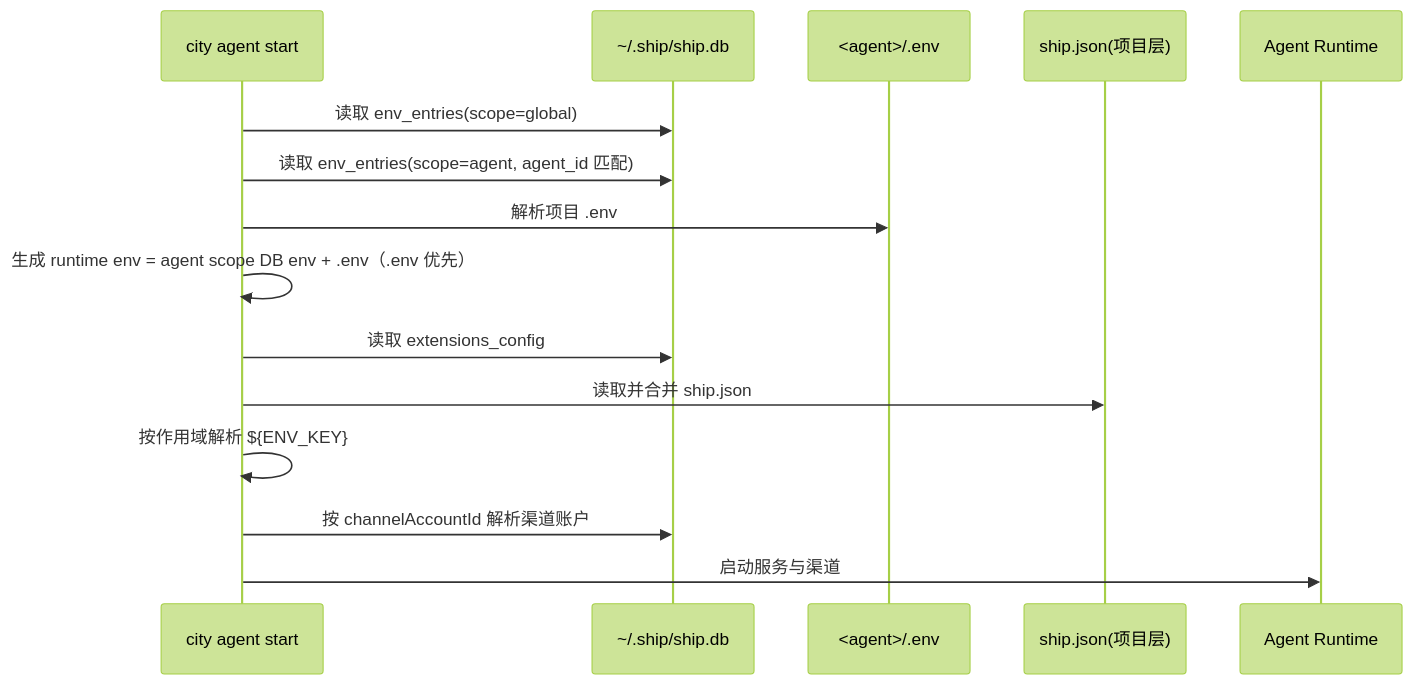
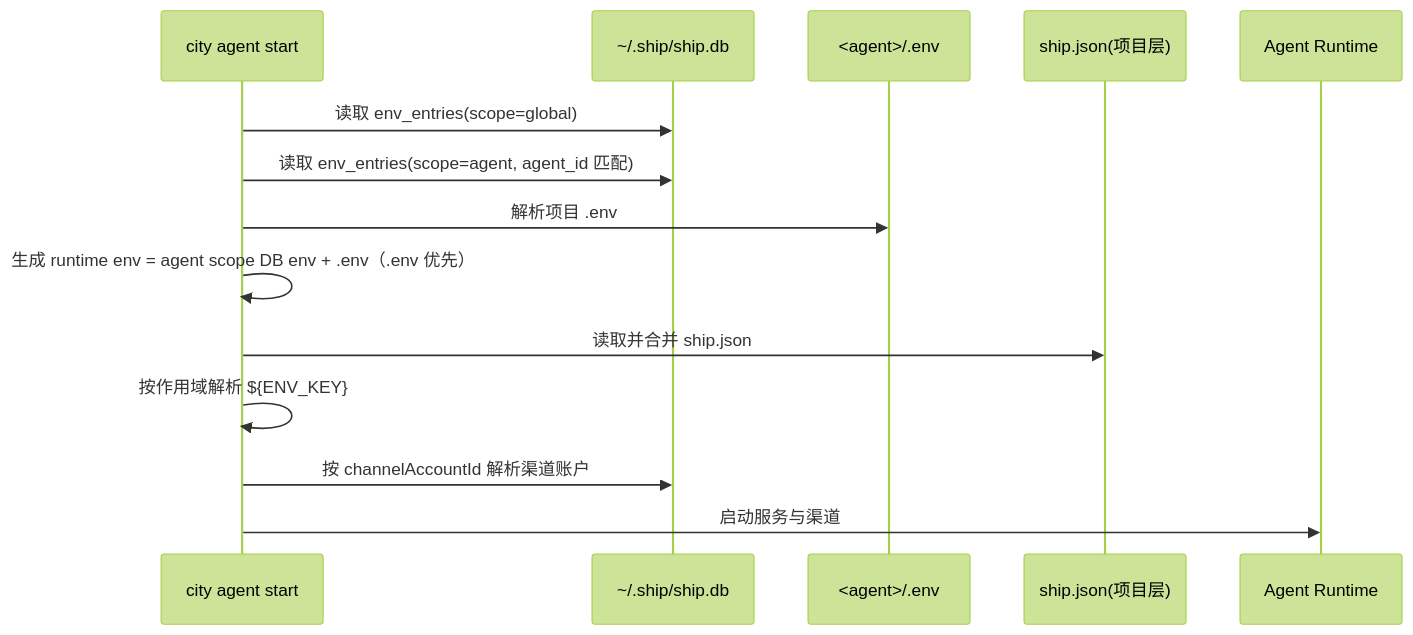
One commit to wangenius/downcity changed the first of 2 diagrams in homepage/content/docs/zh/configuration/environment-variables.mdx. Above: the diagram before and after it, drawn with Mermaid (forest theme). The commit also changed other lines of this file and 189 other files, not shown here.

````diff
--- a/homepage/content/docs/zh/configuration/environment-variables.mdx
+++ b/homepage/content/docs/zh/configuration/environment-variables.mdx
@@ -36,18 +36,17 @@
 ```mermaid
 sequenceDiagram
   participant CLI as city agent start
   participant DB as ~/.ship/ship.db
   participant ENV as <agent>/.env
   participant JSON as ship.json(项目层)
   participant RT as Agent Runtime
 
   CLI->>DB: 读取 env_entries(scope=global)
   CLI->>DB: 读取 env_entries(scope=agent, agent_id 匹配)
   CLI->>ENV: 解析项目 .env
   CLI->>CLI: 生成 runtime env = agent scope DB env + .env（.env 优先）
-  CLI->>DB: 读取 extensions_config
   CLI->>JSON: 读取并合并 ship.json
   CLI->>CLI: 按作用域解析 ${ENV_KEY}
   CLI->>DB: 按 channelAccountId 解析渠道账户
   CLI->>RT: 启动服务与渠道
 ```
````
